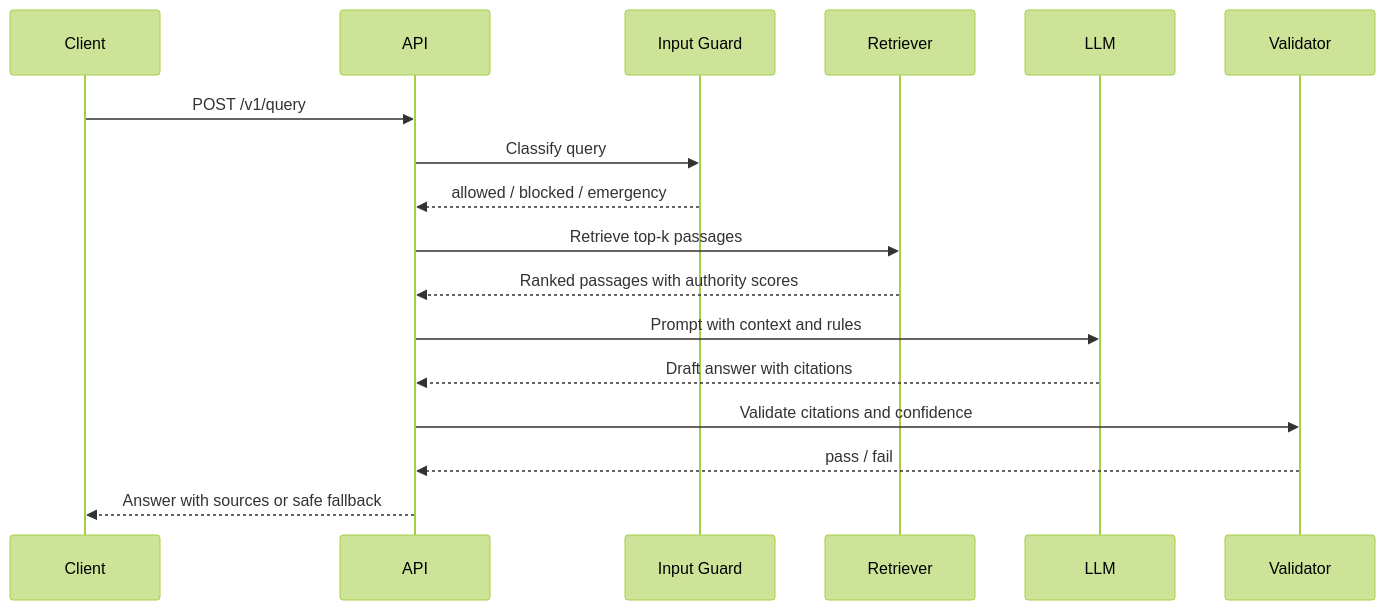
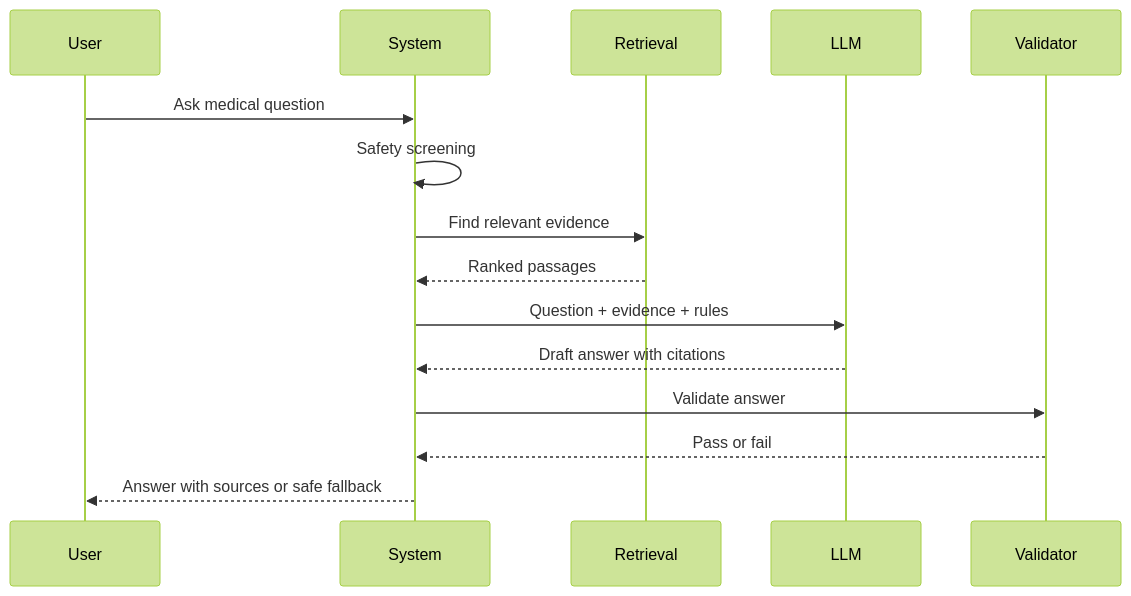
Before and after one commit to osamashabih6960/-Medical-LLM-Authority: the second of 3 diagrams in README.md, drawn with Mermaid (forest theme). The commit also changed other lines of this file, not shown here.

````diff
--- a/README.md
+++ b/README.md
@@ -114,20 +84,18 @@
 ```mermaid
 sequenceDiagram
-    participant C as Client
-    participant A as API
-    participant G as Input Guard
-    participant R as Retriever
+    participant U as User
+    participant S as System
+    participant R as Retrieval
     participant L as LLM
     participant V as Validator
 
-    C->>A: POST /v1/query
-    A->>G: Classify query
-    G-->>A: allowed / blocked / emergency
-    A->>R: Retrieve top-k passages
-    R-->>A: Ranked passages with authority scores
-    A->>L: Prompt with context and rules
-    L-->>A: Draft answer with citations
-    A->>V: Validate citations and confidence
-    V-->>A: pass / fail
-    A-->>C: Answer with sources or safe fallback
+    U->>S: Ask medical question
+    S->>S: Safety screening
+    S->>R: Find relevant evidence
+    R-->>S: Ranked passages
+    S->>L: Question + evidence + rules
+    L-->>S: Draft answer with citations
+    S->>V: Validate answer
+    V-->>S: Pass or fail
+    S-->>U: Answer with sources or safe fallback
 ```
````
